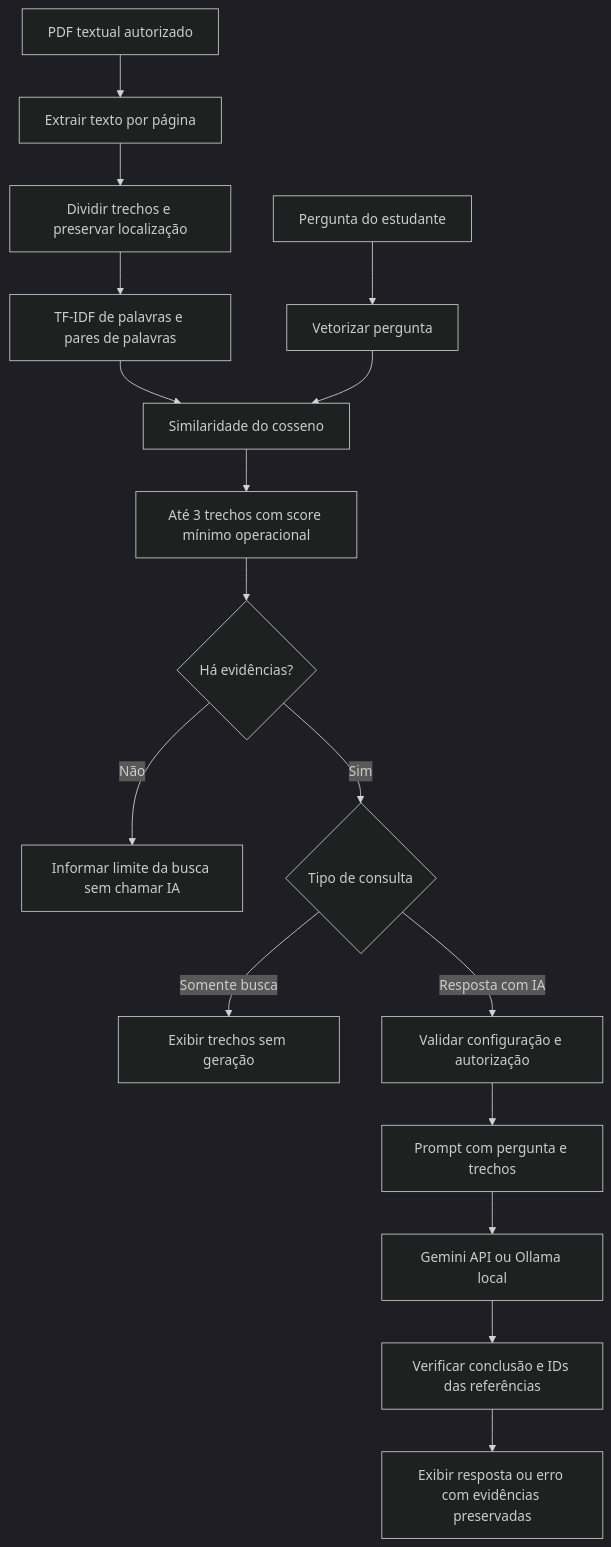
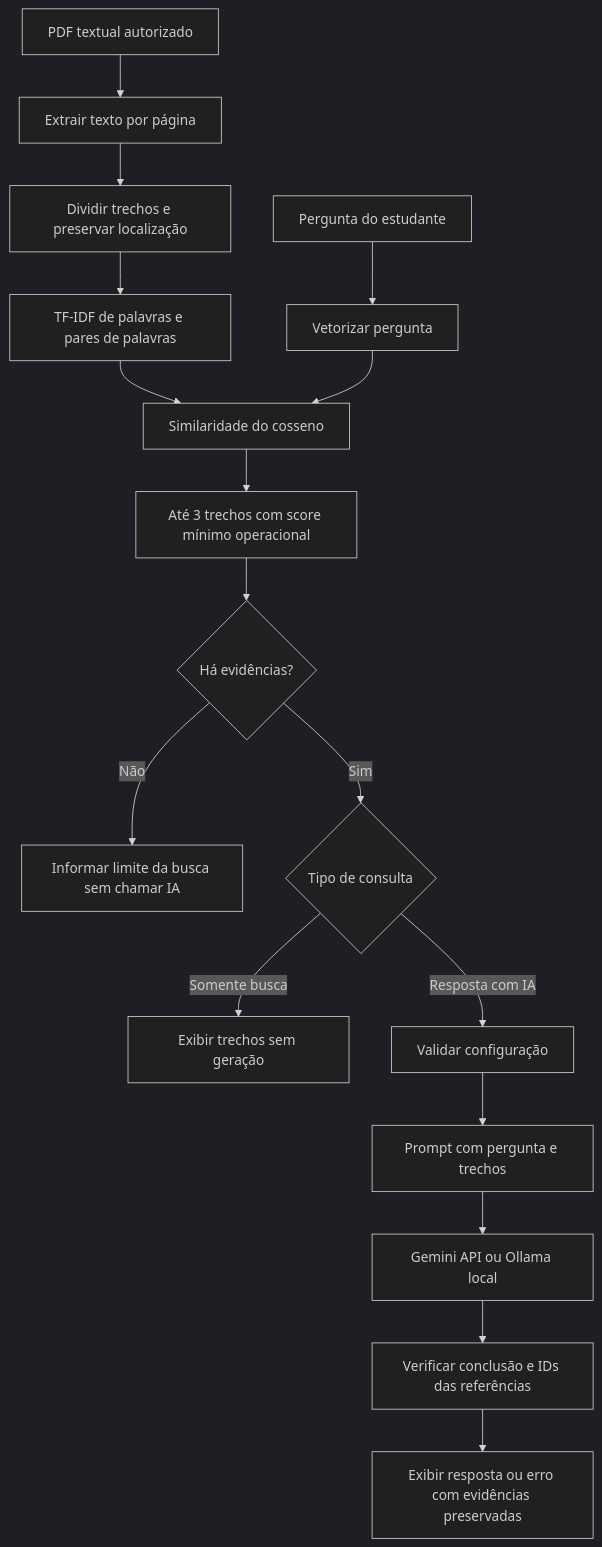
The first of 2 diagrams in docs/ARQUITETURA.md (gustavohleao/alertagolpe), drawn with Mermaid (dark theme) before and after one commit. The commit also changed other lines of this file and 20 other files, not shown here.

````diff
--- a/docs/ARQUITETURA.md
+++ b/docs/ARQUITETURA.md
@@ -3,19 +3,19 @@
 ```mermaid
 flowchart TD
     A[PDF textual autorizado] --> B[Extrair texto por página]
     B --> C[Dividir trechos e preservar localização]
     C --> D[TF-IDF de palavras e pares de palavras]
     Q[Pergunta do estudante] --> E[Vetorizar pergunta]
     D --> F[Similaridade do cosseno]
     E --> F
     F --> G[Até 3 trechos com score mínimo operacional]
     G --> H{Há evidências?}
     H -->|Não| I[Informar limite da busca sem chamar IA]
     H -->|Sim| J{Tipo de consulta}
     J -->|Somente busca| K[Exibir trechos sem geração]
-    J -->|Resposta com IA| L[Validar configuração e autorização]
+    J -->|Resposta com IA| L[Validar configuração]
     L --> M[Prompt com pergunta e trechos]
     M --> N[Gemini API ou Ollama local]
     N --> O[Verificar conclusão e IDs das referências]
     O --> P[Exibir resposta ou erro com evidências preservadas]
 ```
````
